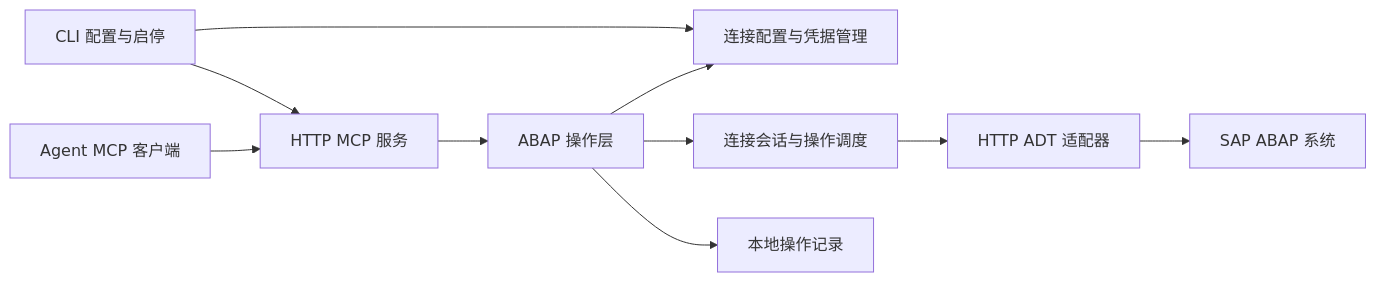
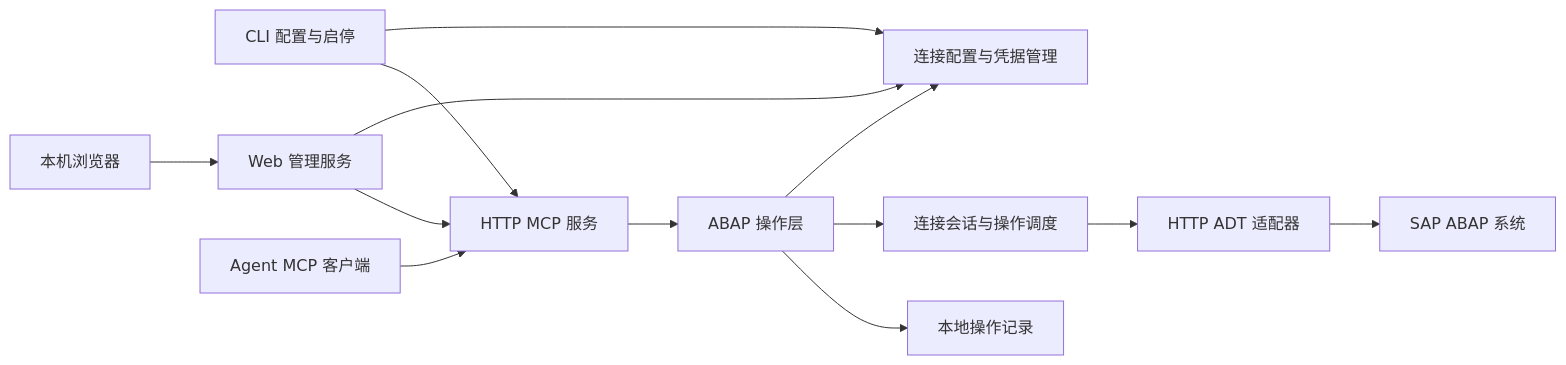
One commit to OneOFF-ive/sap_mcp changed the diagram in docs/architecture.md. Above: the diagram before and after it, drawn with Mermaid. The commit also changed other lines of this file and 17 other files, not shown here.

````diff
--- a/docs/architecture.md
+++ b/docs/architecture.md
@@ -21,12 +22,15 @@
 ```mermaid
 flowchart LR
     CLI[CLI 配置与启停] --> Config[连接配置与凭据管理]
+    Browser[本机浏览器] --> Admin[Web 管理服务]
+    Admin --> Config
+    Admin --> Server
     CLI --> Server[HTTP MCP 服务]
     Agent[Agent MCP 客户端] --> Server
     Server --> Operations[ABAP 操作层]
     Operations --> Config
     Operations --> Sessions[连接会话与操作调度]
     Sessions --> Adapter[HTTP ADT 适配器]
     Adapter --> SAP[SAP ABAP 系统]
     Operations --> Audit[本地操作记录]
 ```
````
